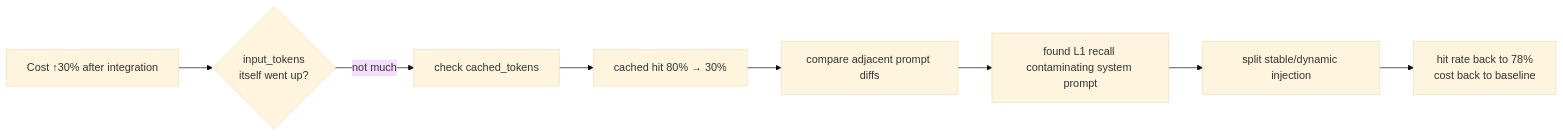
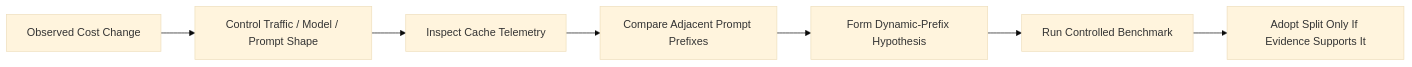
One commit to PorunC/interview changed the fourth of 6 diagrams in 问题/05-英文面试/Agent-Memory-专项面试深挖-英文.md. Above: the diagram before and after it, drawn with Mermaid (base theme). The commit also changed other lines of this file and 27 other files, not shown here.

````diff
--- a/问题/05-英文面试/Agent-Memory-专项面试深挖-英文.md
+++ b/问题/05-英文面试/Agent-Memory-专项面试深挖-英文.md
@@ -554,10 +422,9 @@
 ```mermaid
 flowchart LR
-    A["Cost ↑30% after integration"] --> B{"input_tokens<br/>itself went up?"}
-    B -- not much --> C["check cached_tokens"]
-    C --> D["cached hit 80% → 30%"]
-    D --> E["compare adjacent prompt diffs"]
-    E --> F["found L1 recall contaminating system prompt"]
-    F --> G["split stable/dynamic injection"]
-    G --> H["hit rate back to 78%<br/>cost back to baseline"]
+    A["Observed Cost Change"] --> B["Control Traffic / Model / Prompt Shape"]
+    B --> C["Inspect Cache Telemetry"]
+    C --> D["Compare Adjacent Prompt Prefixes"]
+    D --> E["Form Dynamic-Prefix Hypothesis"]
+    E --> F["Run Controlled Benchmark"]
+    F --> G["Adopt Split Only If Evidence Supports It"]
 ```
````
